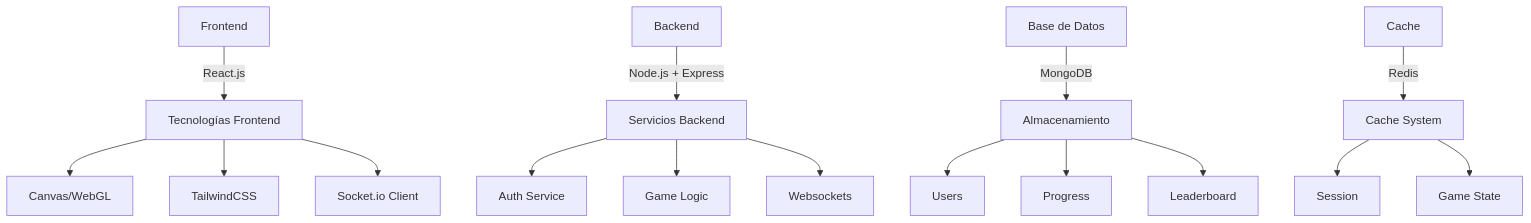
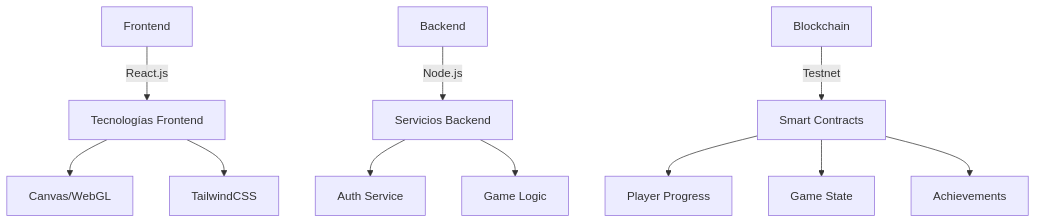
The diagram in README.md (f1lander/guco-web3), drawn with Mermaid before and after one commit. The commit also changed other lines of this file, not shown here.

````diff
--- a/README.md
+++ b/README.md
@@ -36,26 +36,19 @@
 ```mermaid
 graph TB
     F[Frontend]
     B[Backend]
-    DB[Base de Datos]
-    C[Cache]
+    BC[Blockchain]
     
     F --> |React.js| FT[Tecnologías Frontend]
     FT --> F1[Canvas/WebGL]
     FT --> F2[TailwindCSS]
-    FT --> F3[Socket.io Client]
     
-    B --> |Node.js + Express| BT[Servicios Backend]
+    B --> |Node.js| BT[Servicios Backend]
     BT --> B1[Auth Service]
     BT --> B2[Game Logic]
-    BT --> B3[Websockets]
     
-    DB --> |MongoDB| DBS[Almacenamiento]
-    DBS --> DB1[Users]
-    DBS --> DB2[Progress]
-    DBS --> DB3[Leaderboard]
-    
-    C --> |Redis| CS[Cache System]
-    CS --> C1[Session]
-    CS --> C2[Game State]
+    BC --> |Testnet| BCT[Smart Contracts]
+    BCT --> BC1[Player Progress]
+    BCT --> BC2[Game State]
+    BCT --> BC3[Achievements]
 ```
````
